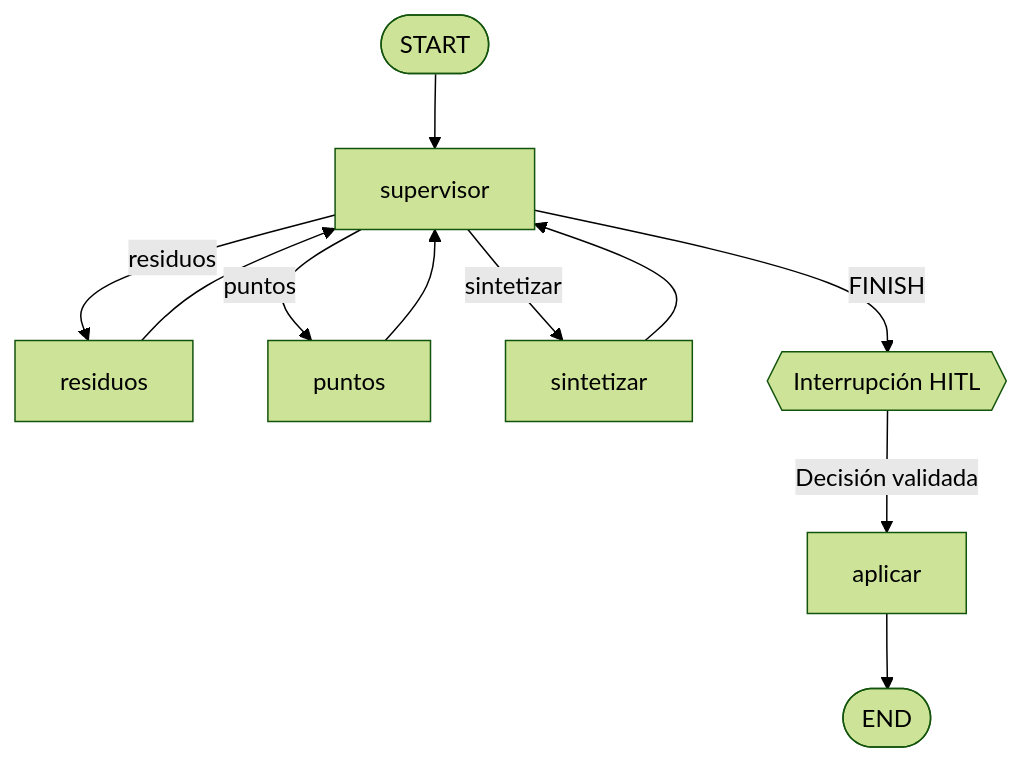
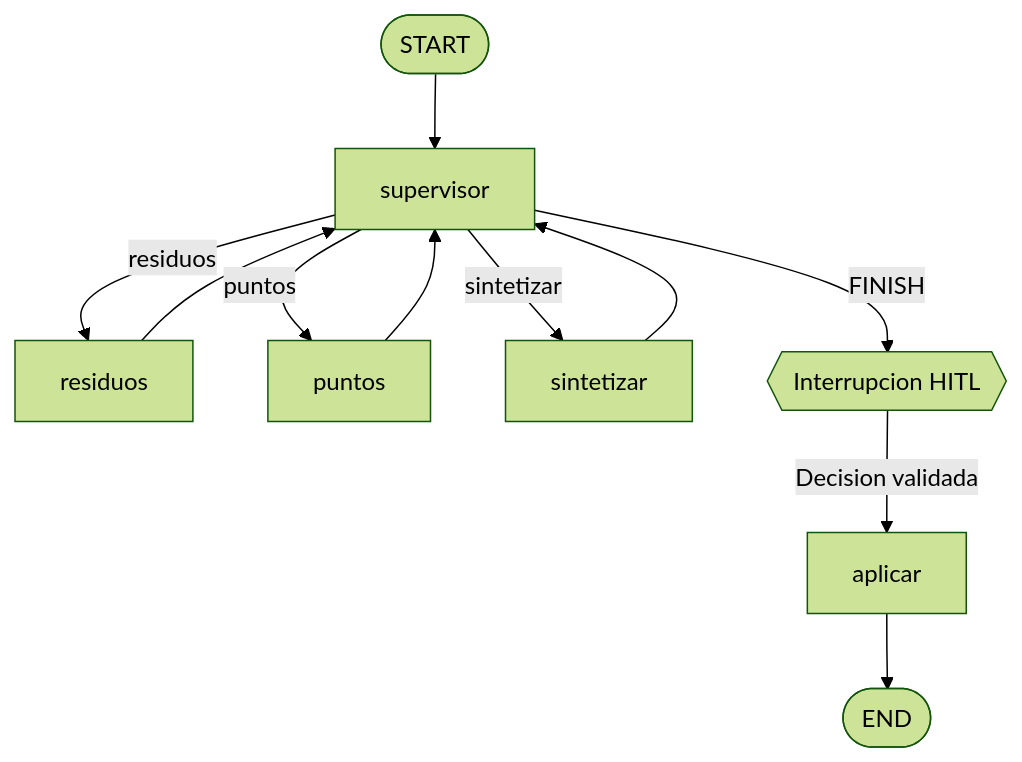
The diagram in specs/06-langgraph.md (alex-bometon/pb03_equipo18), drawn with Mermaid (forest theme) before and after one commit. The commit also changed other lines of this file and 9 other files, not shown here.

````diff
--- a/specs/06-langgraph.md
+++ b/specs/06-langgraph.md
@@ -54,17 +25,17 @@
 ```mermaid
 flowchart TD
     START([START]) --> S[supervisor]
 
     S -->|residuos| R[residuos]
     S -->|puntos| P[puntos]
     S -->|sintetizar| Y[sintetizar]
 
     R --> S
     P --> S
     Y --> S
 
-    S -->|FINISH| H{{Interrupción HITL}}
-    H -->|Decisión validada| A[aplicar]
+    S -->|FINISH| H{{Interrupcion HITL}}
+    H -->|Decision validada| A[aplicar]
 
     A --> END([END])
 ```
````
